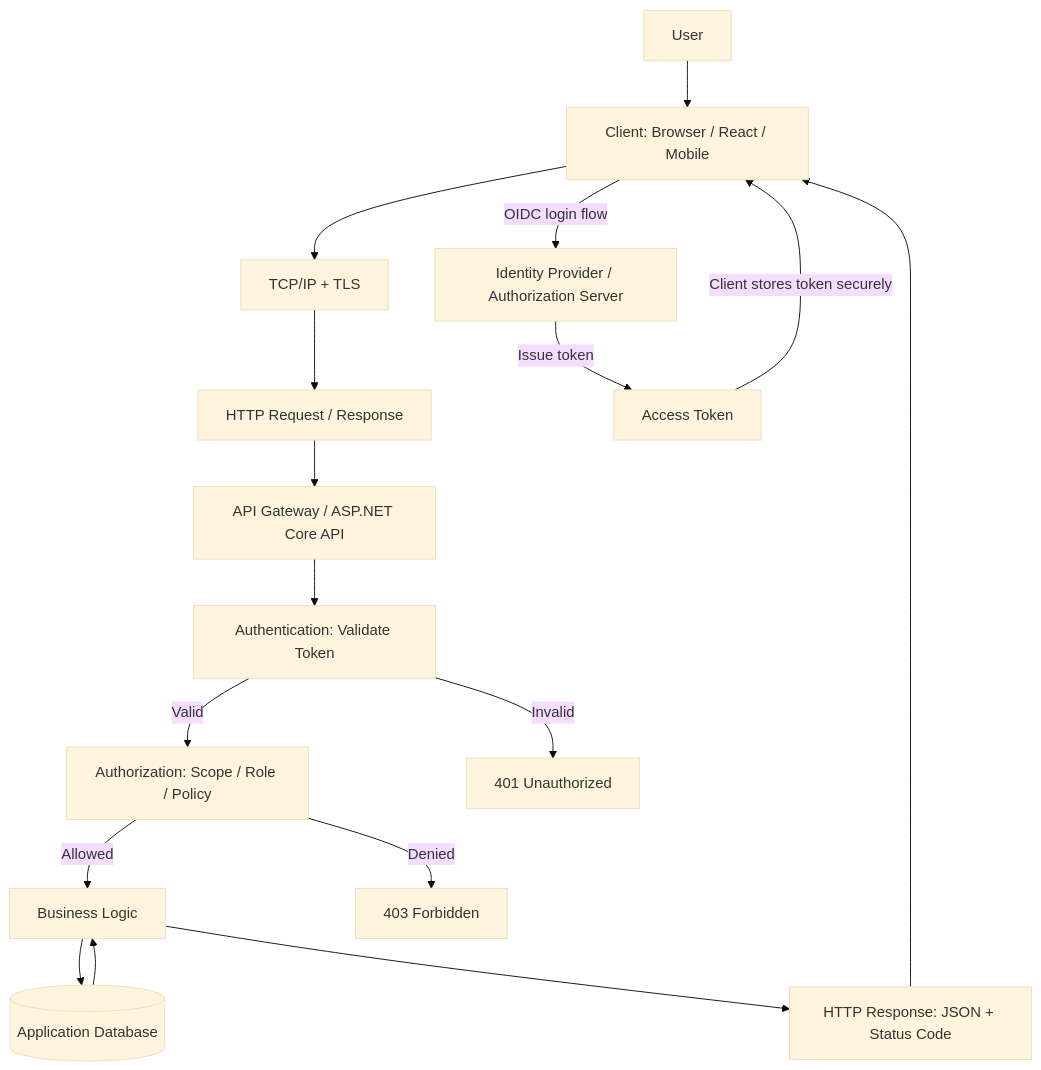
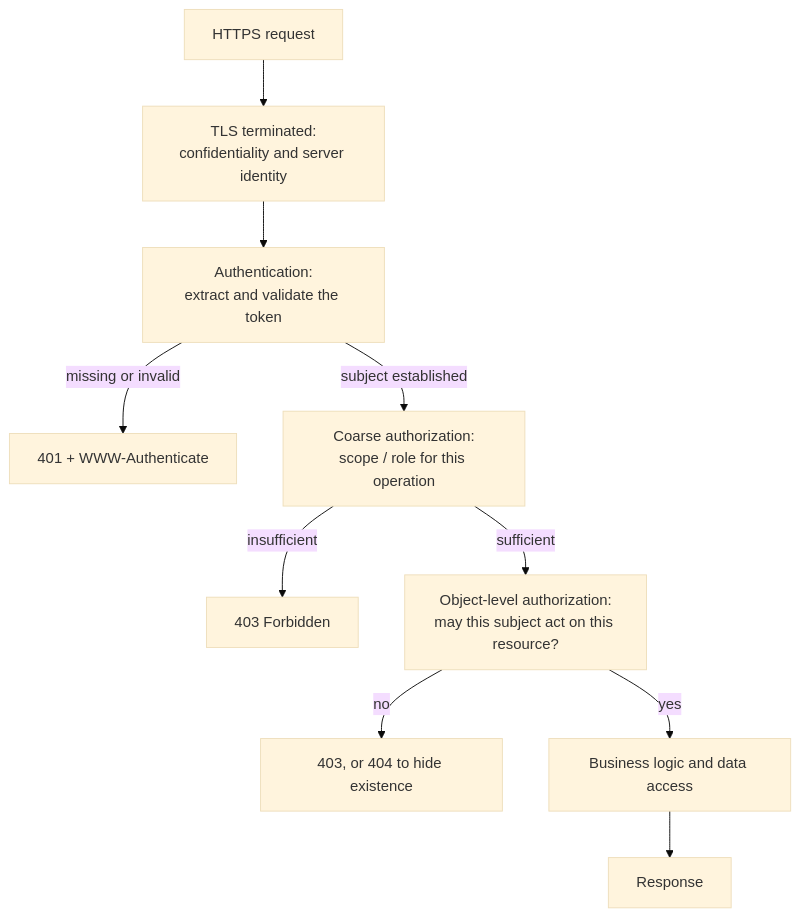
The fourth of 4 diagrams in src/content/blog/token-based-authentication.mdx (acrr-asia/acrr), drawn with Mermaid (base theme) before and after one commit. The commit also changed other lines of this file and 2 other files, not shown here.

First line of the commit message:
Rewrite the authentication article as a vendor-neutral, top-down chapter

````diff
--- a/src/content/blog/token-based-authentication.mdx
+++ b/src/content/blog/token-based-authentication.mdx
@@ -628,32 +482,12 @@
 ```mermaid
 flowchart TB
-    U["User"]
-    C["Client: Browser / React / Mobile"]
-    NET["TCP/IP + TLS"]
-    HTTP["HTTP Request / Response"]
-    IDP["Identity Provider / Authorization Server"]
-    TOKEN["Access Token"]
-    API["API Gateway / ASP.NET Core API"]
-    AUTHN["Authentication: Validate Token"]
-    AUTHZ["Authorization: Scope / Role / Policy"]
-    BIZ["Business Logic"]
-    DB[("Application Database")]
-    RESP["HTTP Response: JSON + Status Code"]
-
-    U --> C
-    C -->|"OIDC login flow"| IDP
-    IDP -->|"Issue token"| TOKEN
-    TOKEN -->|"Client stores token securely"| C
-    C --> NET
-    NET --> HTTP
-    HTTP --> API
-    API --> AUTHN
-    AUTHN -->|"Valid"| AUTHZ
-    AUTHN -->|"Invalid"| ERR401["401 Unauthorized"]
-    AUTHZ -->|"Denied"| ERR403["403 Forbidden"]
-    AUTHZ -->|"Allowed"| BIZ
-    BIZ --> DB
-    DB --> BIZ
-    BIZ --> RESP
-    RESP --> C
+    IN["HTTPS request"] --> TLS["TLS terminated:<br/>confidentiality and server identity"]
+    TLS --> AUTHN["Authentication:<br/>extract and validate the token"]
+    AUTHN -->|"missing or invalid"| E401["401 + WWW-Authenticate"]
+    AUTHN -->|"subject established"| SCOPE["Coarse authorization:<br/>scope / role for this operation"]
+    SCOPE -->|"insufficient"| E403["403 Forbidden"]
+    SCOPE -->|"sufficient"| OBJ["Object-level authorization:<br/>may this subject act on this resource?"]
+    OBJ -->|"no"| E404["403, or 404 to hide existence"]
+    OBJ -->|"yes"| BIZ["Business logic and data access"]
+    BIZ --> OUT["Response"]
 ```
````
